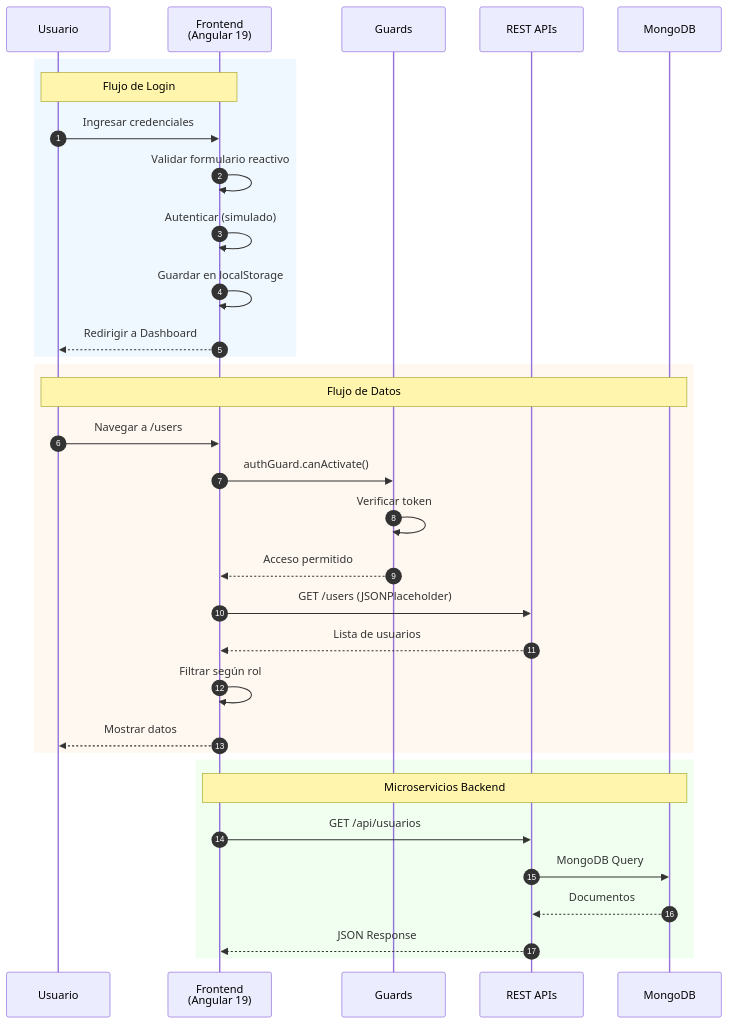
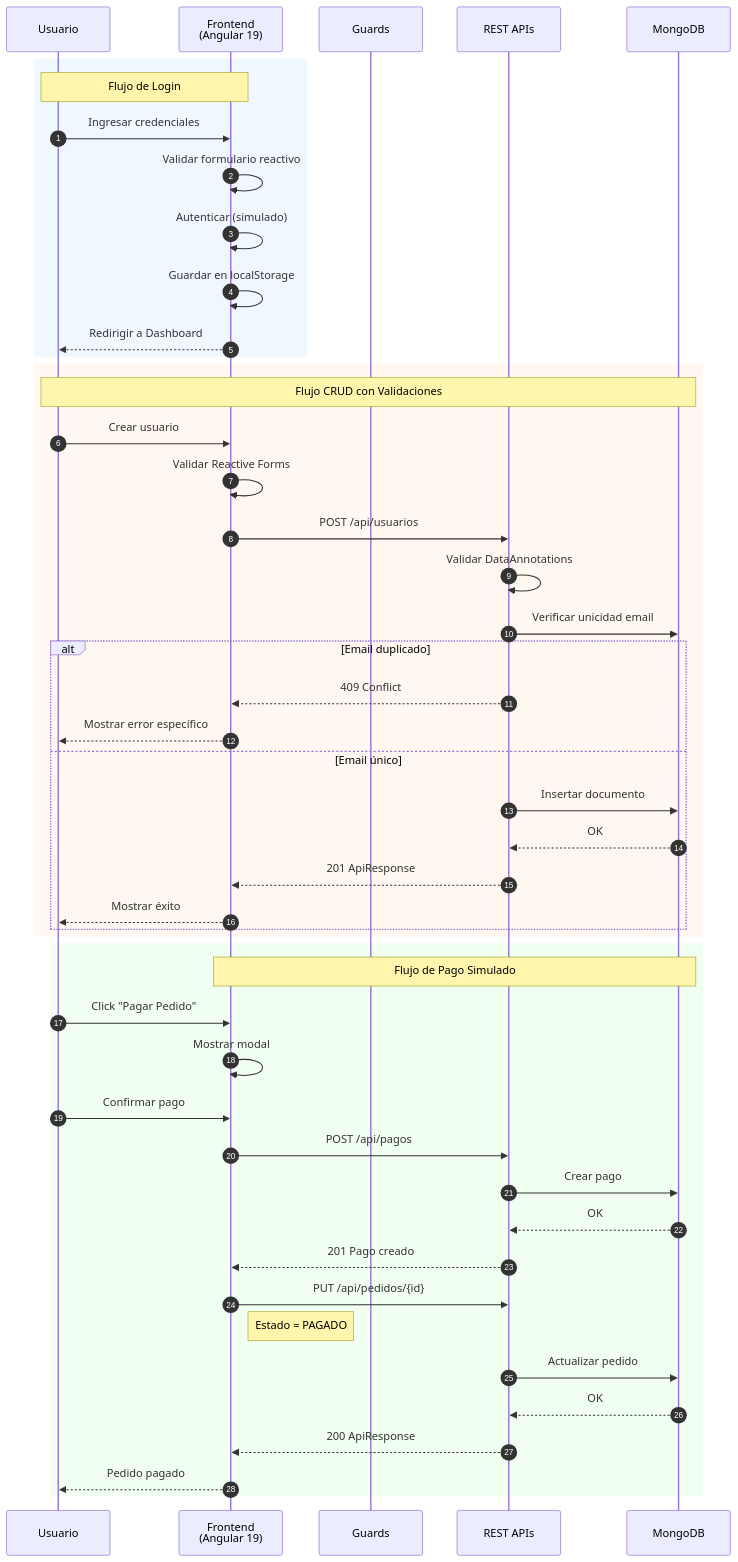
Before and after one commit to Chocopro713/MVP_Empresa_ABC: the diagram in arquitectura/diagrams/sequence.mermaid, drawn with Mermaid. The commit also changed 24 other files, not shown here.

```diff
--- a/arquitectura/diagrams/sequence.mermaid
+++ b/arquitectura/diagrams/sequence.mermaid
@@ -1,36 +1,51 @@
 sequenceDiagram
     autonumber
     participant U as Usuario
     participant F as Frontend<br/>(Angular 19)
     participant G as Guards
     participant API as REST APIs
     participant DB as MongoDB
 
     rect rgb(240, 248, 255)
         Note over U,F: Flujo de Login
         U->>F: Ingresar credenciales
         F->>F: Validar formulario reactivo
         F->>F: Autenticar (simulado)
         F->>F: Guardar en localStorage
         F-->>U: Redirigir a Dashboard
     end
 
     rect rgb(255, 248, 240)
-        Note over U,DB: Flujo de Datos
-        U->>F: Navegar a /users
-        F->>G: authGuard.canActivate()
-        G->>G: Verificar token
-        G-->>F: Acceso permitido
-        F->>API: GET /users (JSONPlaceholder)
-        API-->>F: Lista de usuarios
-        F->>F: Filtrar según rol
-        F-->>U: Mostrar datos
+        Note over U,DB: Flujo CRUD con Validaciones
+        U->>F: Crear usuario
+        F->>F: Validar Reactive Forms
+        F->>API: POST /api/usuarios
+        API->>API: Validar DataAnnotations
+        API->>DB: Verificar unicidad email
+        alt Email duplicado
+            API-->>F: 409 Conflict
+            F-->>U: Mostrar error específico
+        else Email único
+            API->>DB: Insertar documento
+            DB-->>API: OK
+            API-->>F: 201 ApiResponse
+            F-->>U: Mostrar éxito
+        end
     end
 
     rect rgb(240, 255, 240)
-        Note over F,DB: Microservicios Backend
-        F->>API: GET /api/usuarios
-        API->>DB: MongoDB Query
-        DB-->>API: Documentos
-        API-->>F: JSON Response
+        Note over F,DB: Flujo de Pago Simulado
+        U->>F: Click "Pagar Pedido"
+        F->>F: Mostrar modal
+        U->>F: Confirmar pago
+        F->>API: POST /api/pagos
+        API->>DB: Crear pago
+        DB-->>API: OK
+        API-->>F: 201 Pago creado
+        F->>API: PUT /api/pedidos/{id}
+        Note right of F: Estado = PAGADO
+        API->>DB: Actualizar pedido
+        DB-->>API: OK
+        API-->>F: 200 ApiResponse
+        F-->>U: Pedido pagado
     end
```
